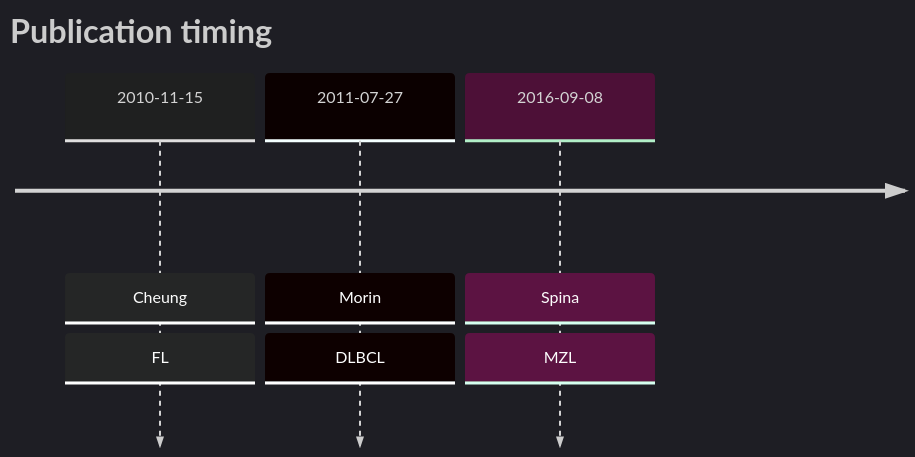
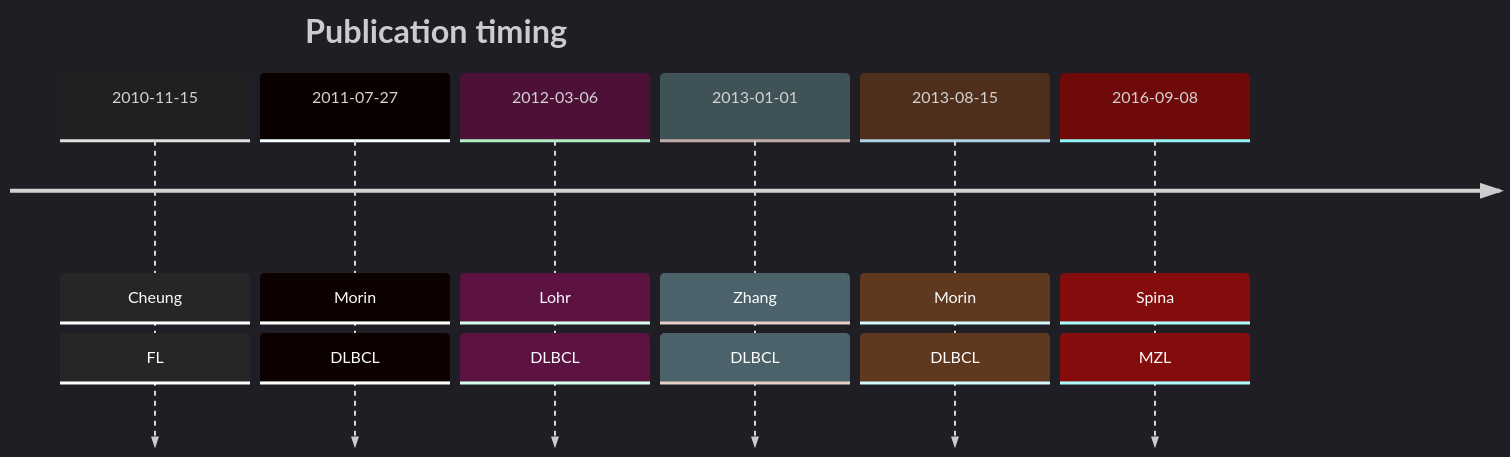
Before and after one commit to morinlab/lymphopedia: the diagram in TNFRSF14.md, drawn with Mermaid.

Commit message:
update tables

````diff
--- a/TNFRSF14.md
+++ b/TNFRSF14.md
@@ -11,8 +11,11 @@
 ```mermaid
 %%{init: { 'logLevel': 'debug', 'theme': 'dark' } }%%
 timeline
     title Publication timing
       2010-11-15 : Cheung : FL
       2011-07-27 : Morin : DLBCL
+2012-03-06 : Lohr : DLBCL
+2013-01-01 : Zhang : DLBCL
+2013-08-15 : Morin : DLBCL
       2016-09-08 : Spina : MZL
 ```
````
